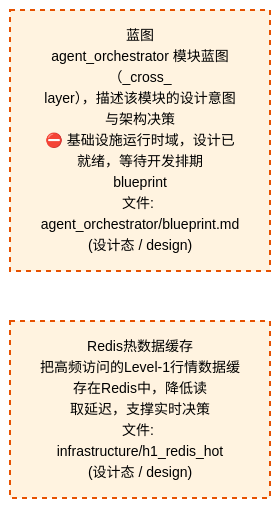
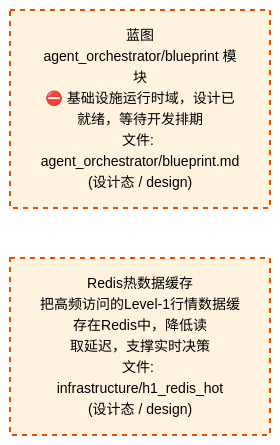
Before and after one commit to xuanFelixVan/ZephyrAlpha: the third of 4 diagrams in docs/02_enterprise_architecture/02_domain_architecture_docs/06_d_infra_runtime.md, drawn with Mermaid. The commit also changed other lines of this file and 60 other files, not shown here.

````diff
--- a/docs/02_enterprise_architecture/02_domain_architecture_docs/06_d_infra_runtime.md
+++ b/docs/02_enterprise_architecture/02_domain_architecture_docs/06_d_infra_runtime.md
@@ -1050,12 +1082,12 @@
 ```mermaid
 %%{init: {'theme': 'base', 'themeVariables': {'primaryColor': '#eaeaea', 'primaryTextColor': '#333333', 'primaryBorderColor': '#666666', 'lineColor': '#666666', 'secondaryColor': '#eaeaea', 'tertiaryColor': '#eaeaea', 'fontSize': '14px'}}}%%
 flowchart TD
-    docs_03_modules_cross_layer_agent_orchestrator_blueprint_md["蓝图<br/>agent_orchestrator 模块蓝图（_cross_<br/>layer），描述该模块的设计意图与架构决策<br/>⛔ 基础设施运行时域，设计已就绪，等待开发排期<br/>blueprint<br/>文件: agent_orchestrator/blueprint.md<br/>(设计态 / design)"]
+    docs_03_modules_cross_layer_agent_orchestrator_blueprint_md["蓝图<br/>agent_orchestrator/blueprint 模块<br/>⛔ 基础设施运行时域，设计已就绪，等待开发排期<br/>文件: agent_orchestrator/blueprint.md<br/>(设计态 / design)"]
     src_zephyr_infrastructure_h1_redis_hot["Redis热数据缓存<br/>把高频访问的Level-1行情数据缓存在Redis中，降低读<br/>取延迟，支撑实时决策<br/>文件: infrastructure/h1_redis_hot<br/>(设计态 / design)"]
     docs_03_modules_cross_layer_agent_orchestrator_blueprint_md ~~~ src_zephyr_infrastructure_h1_redis_hot
     classDef production fill:#e1f5fe,stroke:#01579b,stroke-width:2px,color:#000
     classDef design fill:#fff3e0,stroke:#e65100,stroke-width:2px,color:#000,stroke-dasharray: 5 5
     classDef external_prod fill:#e8f4fd,stroke:#0277bd,stroke-width:1px,color:#000
     classDef external_design fill:#fff8e7,stroke:#ef6c00,stroke-width:1px,color:#000,stroke-dasharray: 5 5
     class docs_03_modules_cross_layer_agent_orchestrator_blueprint_md,src_zephyr_infrastructure_h1_redis_hot design
 ```
````
